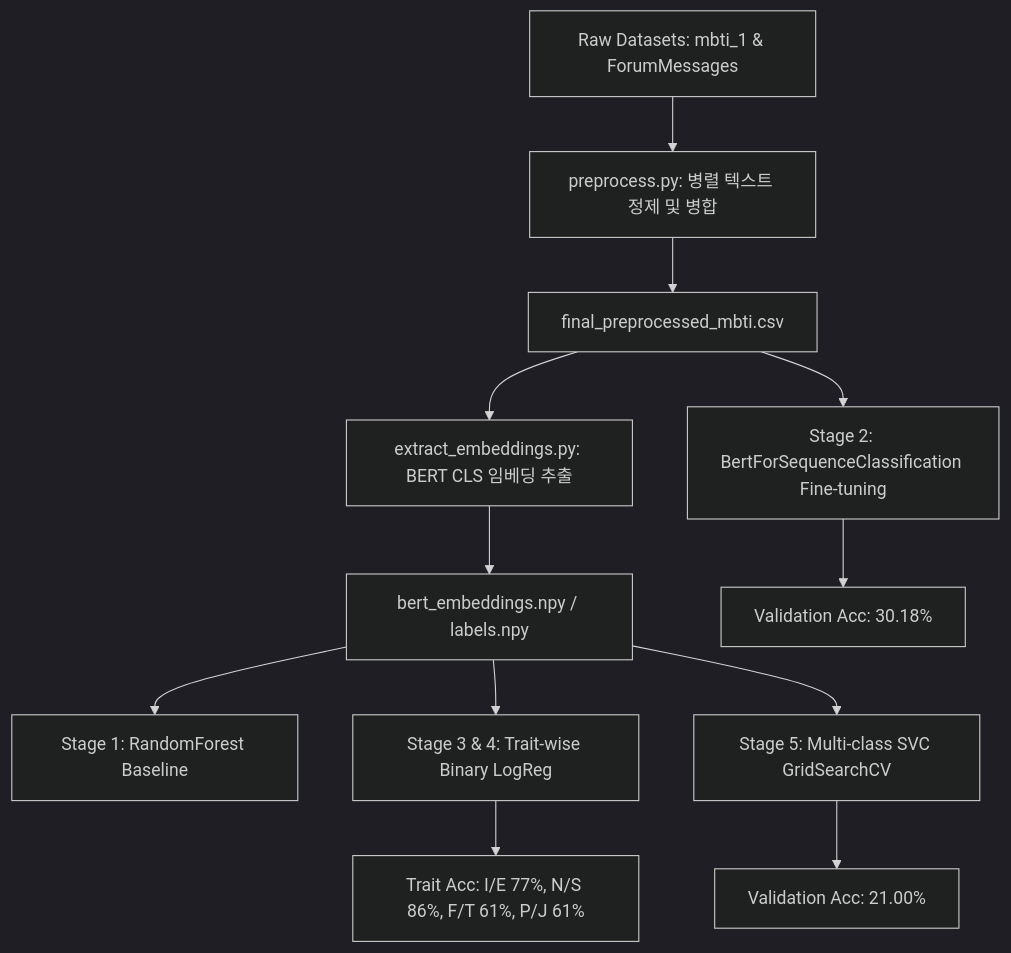
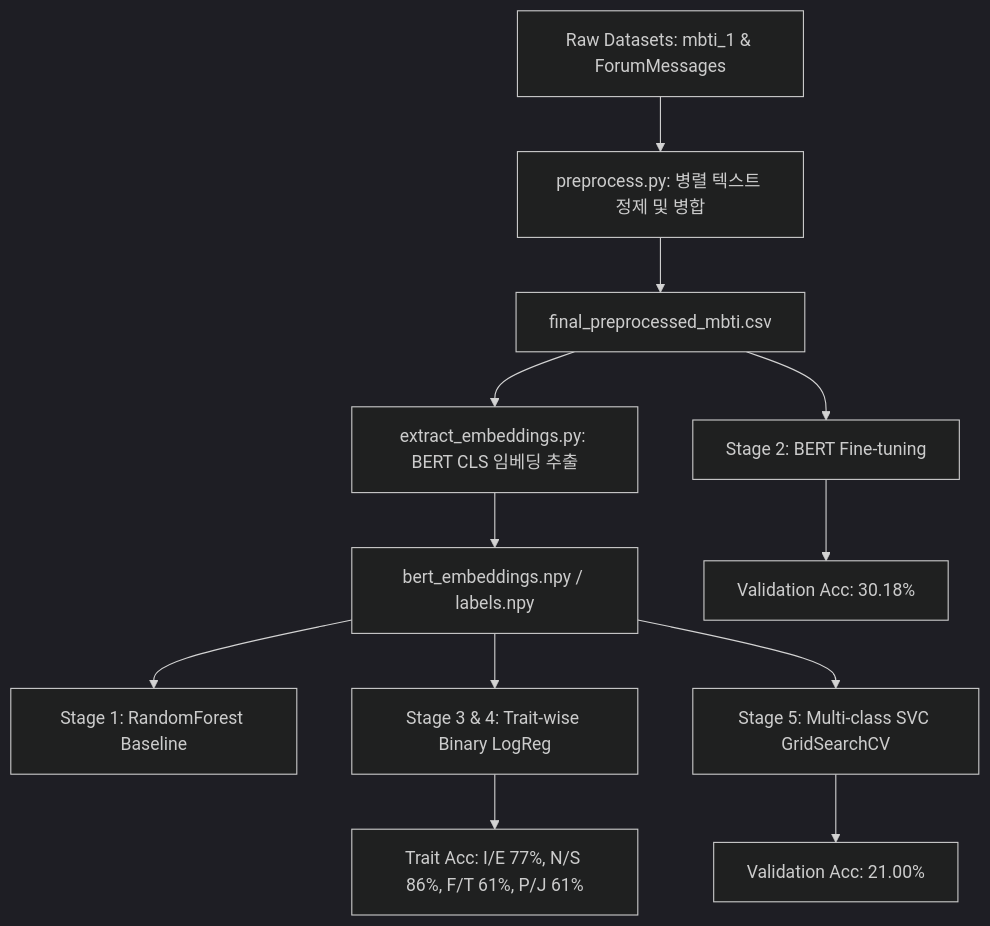
The diagram in README.md (JUNGSEHOON-AutoML/MBTI_Project), drawn with Mermaid (dark theme) before and after one commit. The commit also changed other lines of this file, not shown here.

````diff
--- a/README.md
+++ b/README.md
@@ -13,16 +13,16 @@
 ```mermaid
 graph TD
     A[Raw Datasets: mbti_1 & ForumMessages] --> B[preprocess.py: 병렬 텍스트 정제 및 병합]
     B --> C[final_preprocessed_mbti.csv]
     C --> D[extract_embeddings.py: BERT CLS 임베딩 추출]
     D --> E[bert_embeddings.npy / labels.npy]
     
     E --> F1[Stage 1: RandomForest Baseline]
-    C --> F2[Stage 2: BertForSequenceClassification Fine-tuning]
+    C --> F2[Stage 2: BERT Fine-tuning]
     E --> F3[Stage 3 & 4: Trait-wise Binary LogReg]
     E --> F4[Stage 5: Multi-class SVC GridSearchCV]
     
     F2 --> G1[Validation Acc: 30.18%]
     F3 --> G2[Trait Acc: I/E 77%, N/S 86%, F/T 61%, P/J 61%]
     F4 --> G3[Validation Acc: 21.00%]
 ```
````
